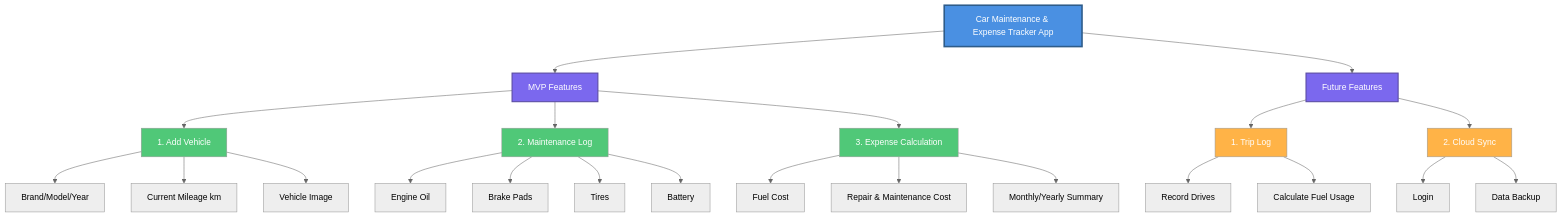
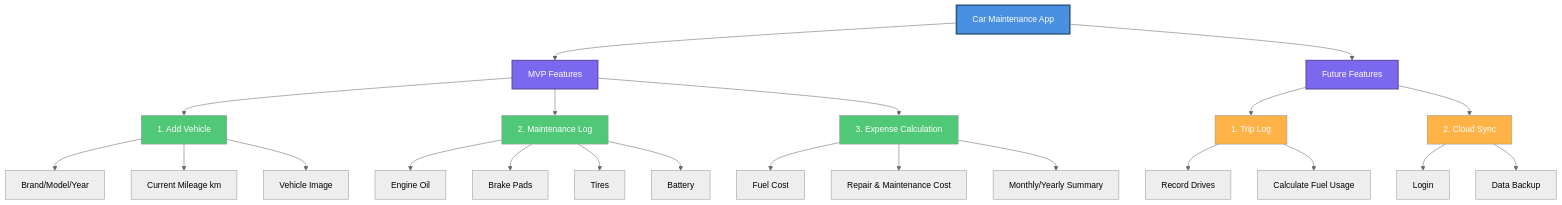
One commit to GOATAP23/CP213_176_LearnAndroid changed the diagram in README.md. Above: the diagram before and after it, drawn with Mermaid (neutral theme). The commit also changed other lines of this file, not shown here.

````diff
--- a/README.md
+++ b/README.md
@@ -5,38 +3,38 @@
 ```mermaid
 graph TD
-    A["Car Maintenance & Expense Tracker App"] --> B["MVP Features"]
+    A["Car Maintenance App"] --> B["MVP Features"]
     A --> C["Future Features"]
     
     B --> B1["1. Add Vehicle"]
     B1 --> B1a["Brand/Model/Year"]
     B1 --> B1b["Current Mileage km"]
     B1 --> B1c["Vehicle Image"]
     
     B --> B2["2. Maintenance Log"]
     B2 --> B2a["Engine Oil"]
     B2 --> B2b["Brake Pads"]
     B2 --> B2c["Tires"]
     B2 --> B2d["Battery"]
     
     B --> B3["3. Expense Calculation"]
     B3 --> B3a["Fuel Cost"]
     B3 --> B3b["Repair & Maintenance Cost"]
     B3 --> B3c["Monthly/Yearly Summary"]
     
     C --> C1["1. Trip Log"]
     C1 --> C1a["Record Drives"]
     C1 --> C1b["Calculate Fuel Usage"]
     
     C --> C2["2. Cloud Sync"]
     C2 --> C2a["Login"]
     C2 --> C2b["Data Backup"]
     
     style A fill:#4A90E2,color:#fff,stroke:#2E5C8A,stroke-width:3px
     style B fill:#7B68EE,color:#fff,stroke:#5A4BA1,stroke-width:2px
     style C fill:#7B68EE,color:#fff,stroke:#5A4BA1,stroke-width:2px
     style B1 fill:#50C878,color:#fff
     style B2 fill:#50C878,color:#fff
     style B3 fill:#50C878,color:#fff
     style C1 fill:#FFB347,color:#fff
     style C2 fill:#FFB347,color:#fff
 ```
````
